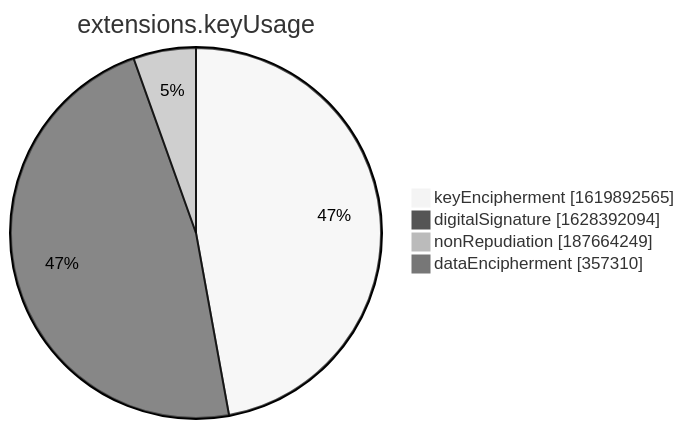
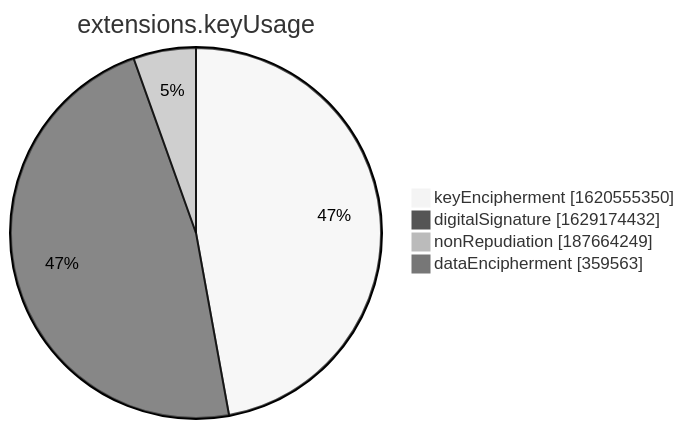
Before and after one commit to christiankrug/ctmonitor_visualization: the seventh of 15 diagrams in xenon2022/README.md, drawn with Mermaid (neutral theme). The commit also changed other lines of this file, not shown here.

````diff
--- a/xenon2022/README.md
+++ b/xenon2022/README.md
@@ -2855,8 +2855,8 @@
 ```mermaid
 pie showData
 title extensions.keyUsage
-"keyEncipherment" :1619892565
-"digitalSignature" :1628392094
+"keyEncipherment" :1620555350
+"digitalSignature" :1629174432
 "nonRepudiation" :187664249
-"dataEncipherment" :357310
+"dataEncipherment" :359563
 ```
````
